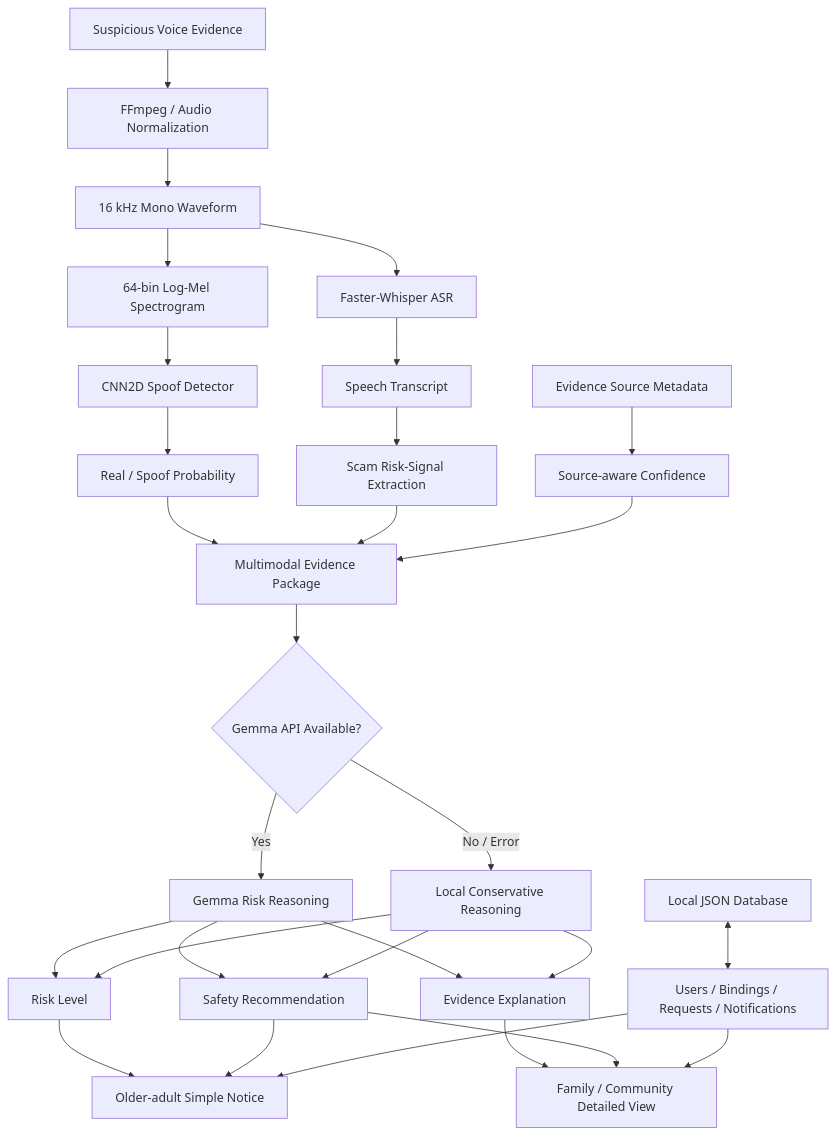
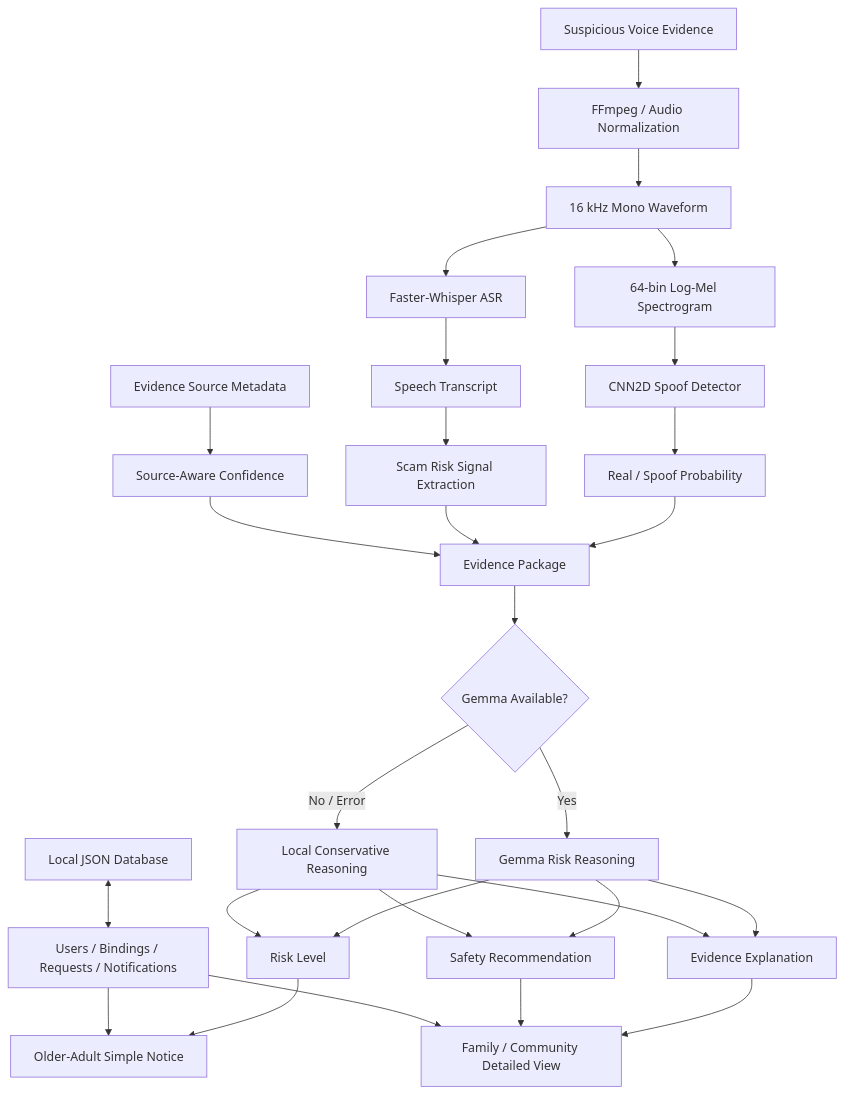
Before and after one commit to lwenxuan420-lgtm/AI-Voice-Safety-Agent: the diagram in README.md, drawn with Mermaid. The commit also changed other lines of this file, not shown here.

````diff
--- a/README.md
+++ b/README.md
@@ -323,40 +439,49 @@
 ```mermaid
 flowchart TD
-    A[Suspicious Voice Evidence] --> B[FFmpeg / Audio Normalization]
+
+    A[Suspicious Voice Evidence]
+
+    A --> B[FFmpeg / Audio Normalization]
+
     B --> C[16 kHz Mono Waveform]
 
     C --> D[64-bin Log-Mel Spectrogram]
     D --> E[CNN2D Spoof Detector]
     E --> F[Real / Spoof Probability]
 
     C --> G[Faster-Whisper ASR]
     G --> H[Speech Transcript]
-    H --> I[Scam Risk-Signal Extraction]
 
-    J[Evidence Source Metadata] --> K[Source-aware Confidence]
+    H --> I[Scam Risk Signal Extraction]
 
-    F --> L[Multimodal Evidence Package]
+    J[Evidence Source Metadata]
+    J --> K[Source-Aware Confidence]
+
+    F --> L[Evidence Package]
     I --> L
     K --> L
 
-    L --> M{Gemma API Available?}
+    L --> M{Gemma Available?}
+
     M -->|Yes| N[Gemma Risk Reasoning]
     M -->|No / Error| O[Local Conservative Reasoning]
 
     N --> P[Risk Level]
     N --> Q[Evidence Explanation]
     N --> R[Safety Recommendation]
 
     O --> P
     O --> Q
     O --> R
 
-    P --> S[Older-adult Simple Notice]
+    P --> S[Older-Adult Simple Notice]
+
     Q --> T[Family / Community Detailed View]
-    R --> S
     R --> T
 
-    U[Local JSON Database] <--> V[Users / Bindings / Requests / Notifications]
+    U[Local JSON Database]
+    U <--> V[Users / Bindings / Requests / Notifications]
+
     V --> S
     V --> T
 ```
````
